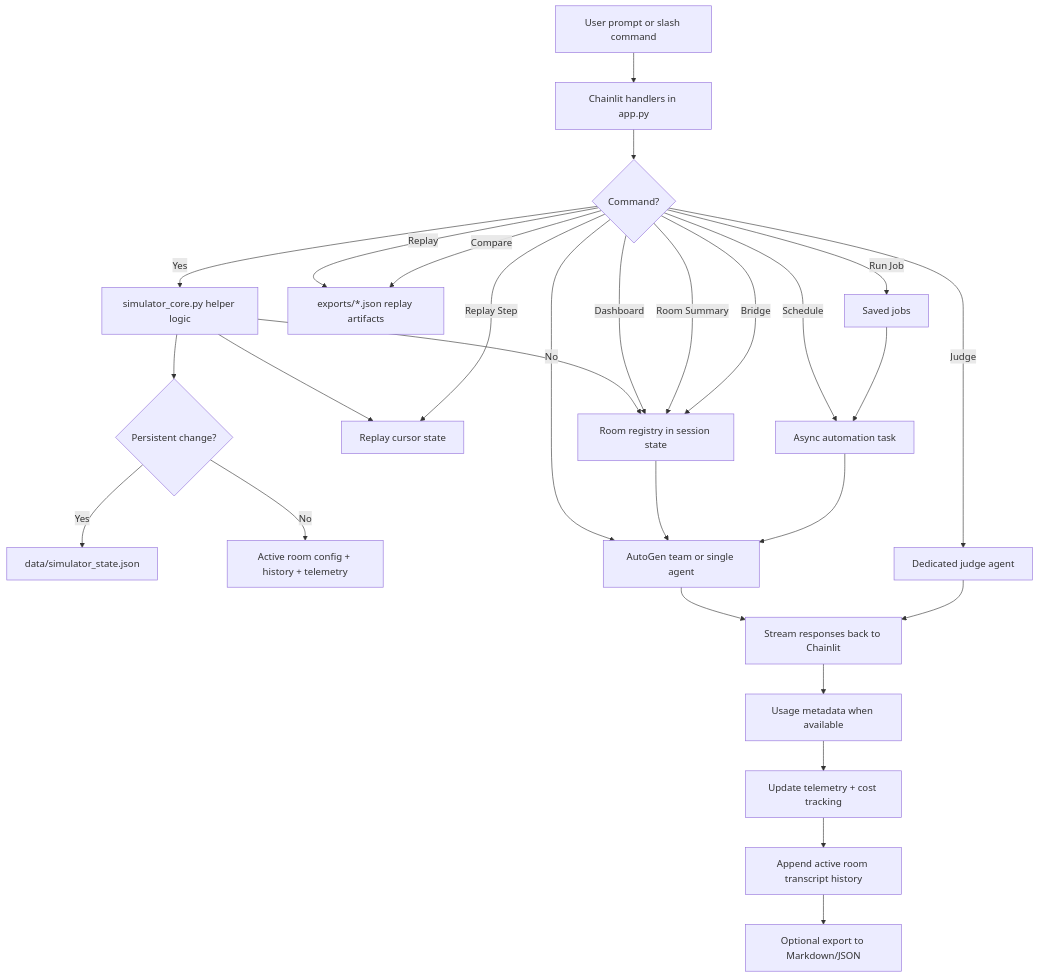
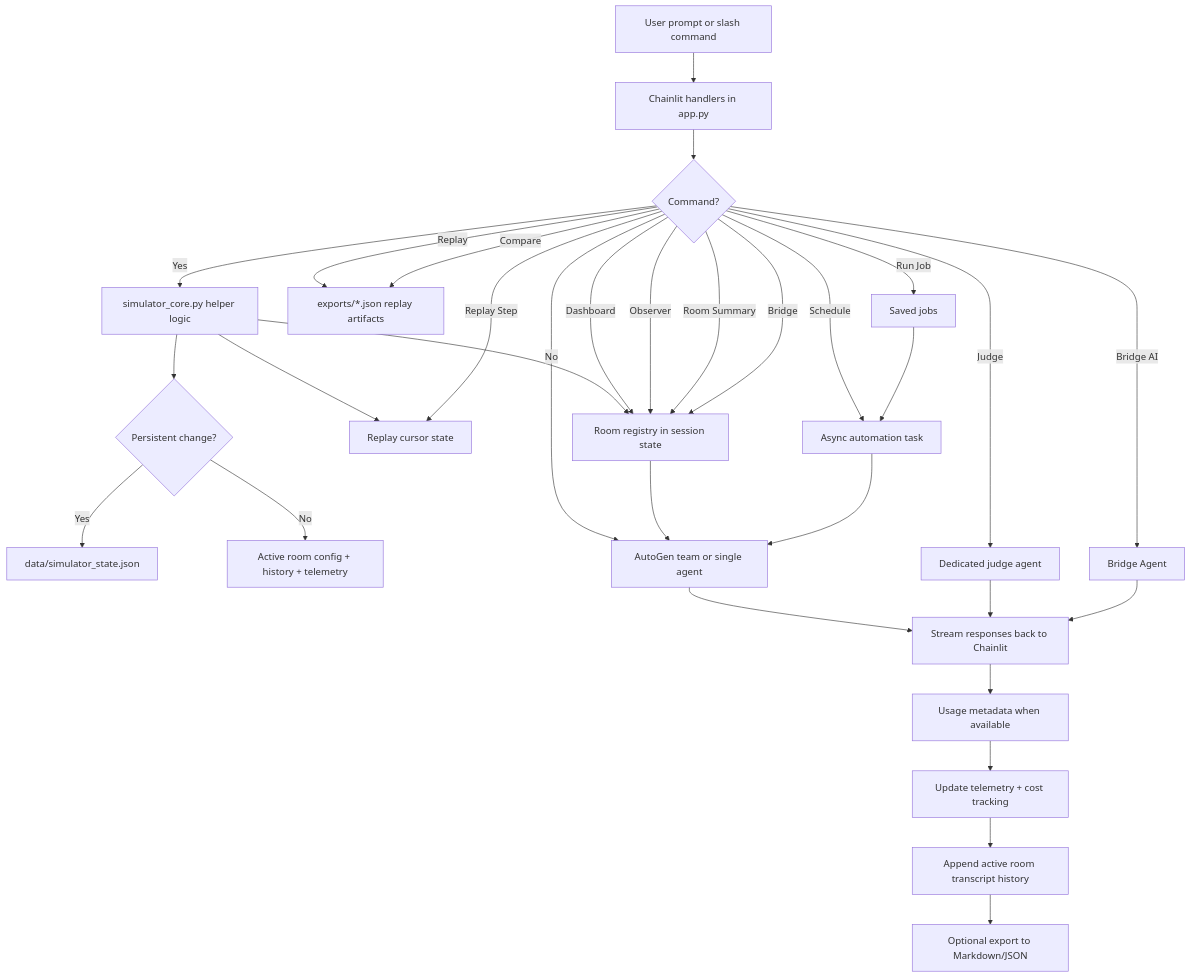
The diagram in docs/ai/design/simulator-operations.md (robertpelloni/agentirc), drawn with Mermaid before and after one commit. The commit also changed other lines of this file and 10 other files, not shown here.

Commit message:
feat: add observer view and bridge agent workflow

````diff
--- a/docs/ai/design/simulator-operations.md
+++ b/docs/ai/design/simulator-operations.md
@@ -68,30 +72,33 @@
 ```mermaid
 flowchart TD
     User[User prompt or slash command] --> CL[Chainlit handlers in app.py]
     CL --> Cmd{Command?}
     Cmd -- Yes --> Core[simulator_core.py helper logic]
     Core --> Rooms[Room registry in session state]
     Core --> ReplayState[Replay cursor state]
     Core --> Persist{Persistent change?}
     Persist -- Yes --> State[data/simulator_state.json]
     Persist -- No --> Session[Active room config + history + telemetry]
     Cmd -- Dashboard --> Rooms
+    Cmd -- Observer --> Rooms
     Cmd -- Room Summary --> Rooms
     Cmd -- Bridge --> Rooms
+    Cmd -- Bridge AI --> BridgeAgent[Bridge Agent]
     Cmd -- Replay --> Exports[exports/*.json replay artifacts]
     Cmd -- Replay Step --> ReplayState
     Cmd -- Compare --> Exports
     Cmd -- Schedule --> Task[Async automation task]
     Cmd -- Run Job --> Jobs[Saved jobs]
     Cmd -- Judge --> Judge[Dedicated judge agent]
     Cmd -- No --> Team[AutoGen team or single agent]
     Rooms --> Team
     Jobs --> Task
     Task --> Team
     Team --> Stream[Stream responses back to Chainlit]
     Judge --> Stream
+    BridgeAgent --> Stream
     Stream --> Usage[Usage metadata when available]
     Usage --> Telemetry[Update telemetry + cost tracking]
     Telemetry --> History[Append active room transcript history]
     History --> Export[Optional export to Markdown/JSON]
 ```
````
